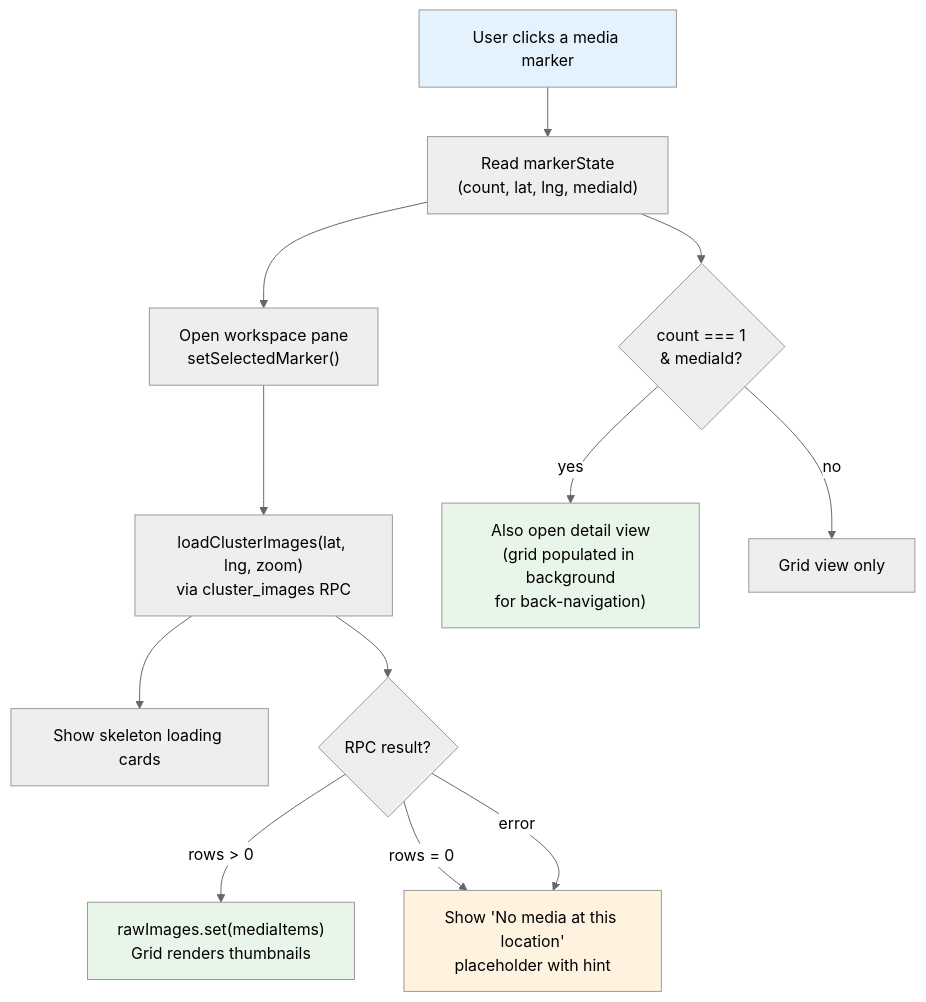
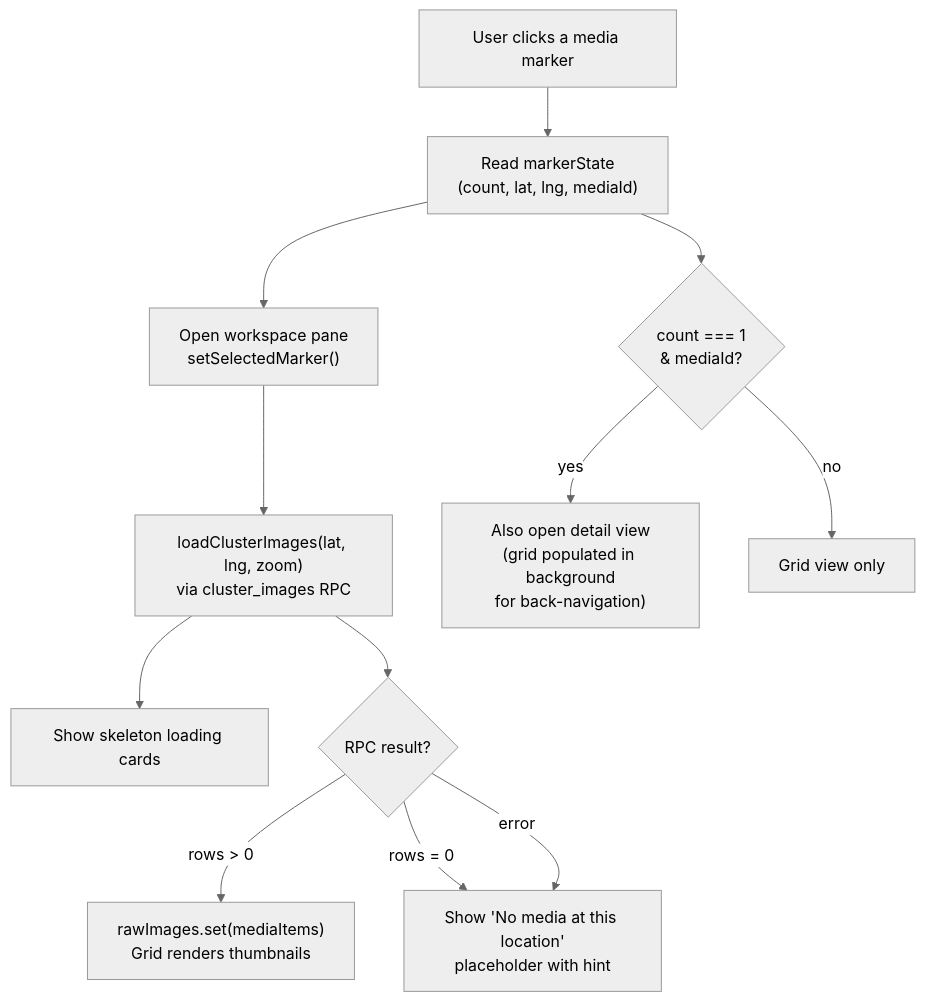
Before and after one commit to matkleve/feldpost: the fifth of 6 diagrams in docs/specs/component/workspace/active-selection-view.md, drawn with Mermaid (neutral theme). The commit also changed other lines of this file and 29 other files, not shown here.

````diff
--- a/docs/specs/component/workspace/active-selection-view.md
+++ b/docs/specs/component/workspace/active-selection-view.md
@@ -295,21 +292,17 @@
 ```mermaid
 flowchart TD
     Click["User clicks a media marker"] --> GetState["Read markerState\n(count, lat, lng, mediaId)"]
     GetState --> OpenPane["Open workspace pane\nsetSelectedMarker()"]
     OpenPane --> LoadRPC["loadClusterImages(lat, lng, zoom)\nvia cluster_images RPC"]
     LoadRPC --> Skeleton["Show skeleton loading cards"]
 
     LoadRPC --> RPCResult{RPC result?}
     RPCResult -->|"rows > 0"| SetImages["rawImages.set(mediaItems)\nGrid renders thumbnails"]
     RPCResult -->|"rows = 0"| NoPhotos["Show 'No media at this location'\nplaceholder with hint"]
     RPCResult -->|"error"| NoPhotos
 
     GetState --> IsSingle{count === 1\n& mediaId?}
     IsSingle -->|"yes"| DetailView["Also open detail view\n(grid populated in background\nfor back-navigation)"]
     IsSingle -->|"no"| GridOnly["Grid view only"]
 
-    style Click fill:#e3f2fd
-    style NoPhotos fill:#fff3e0
-    style SetImages fill:#e8f5e9
-    style DetailView fill:#e8f5e9
 ```
````
